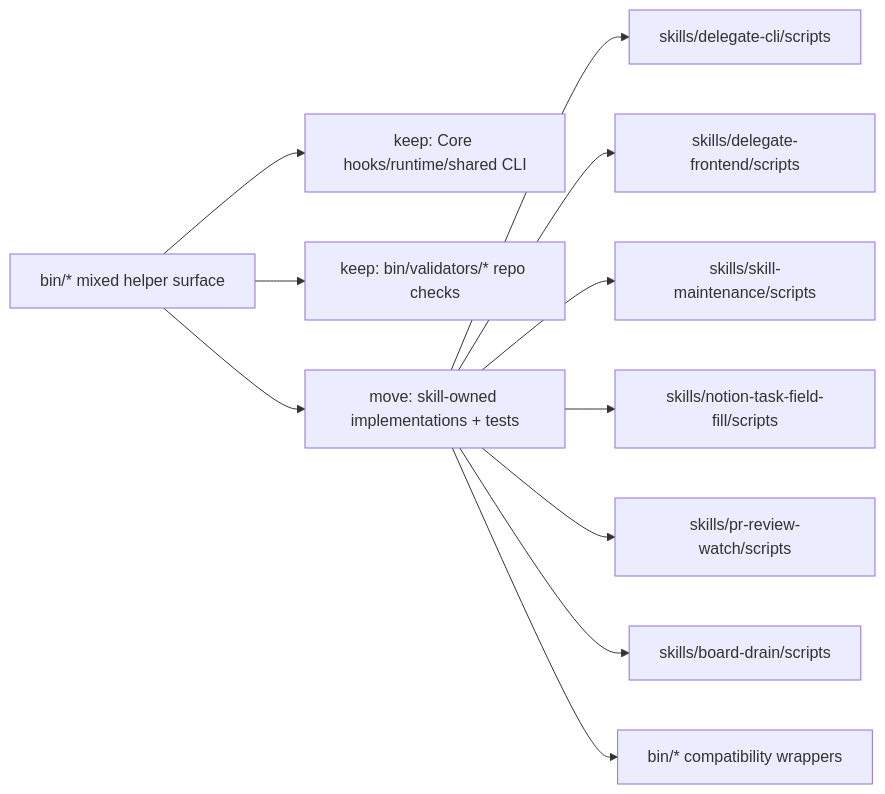
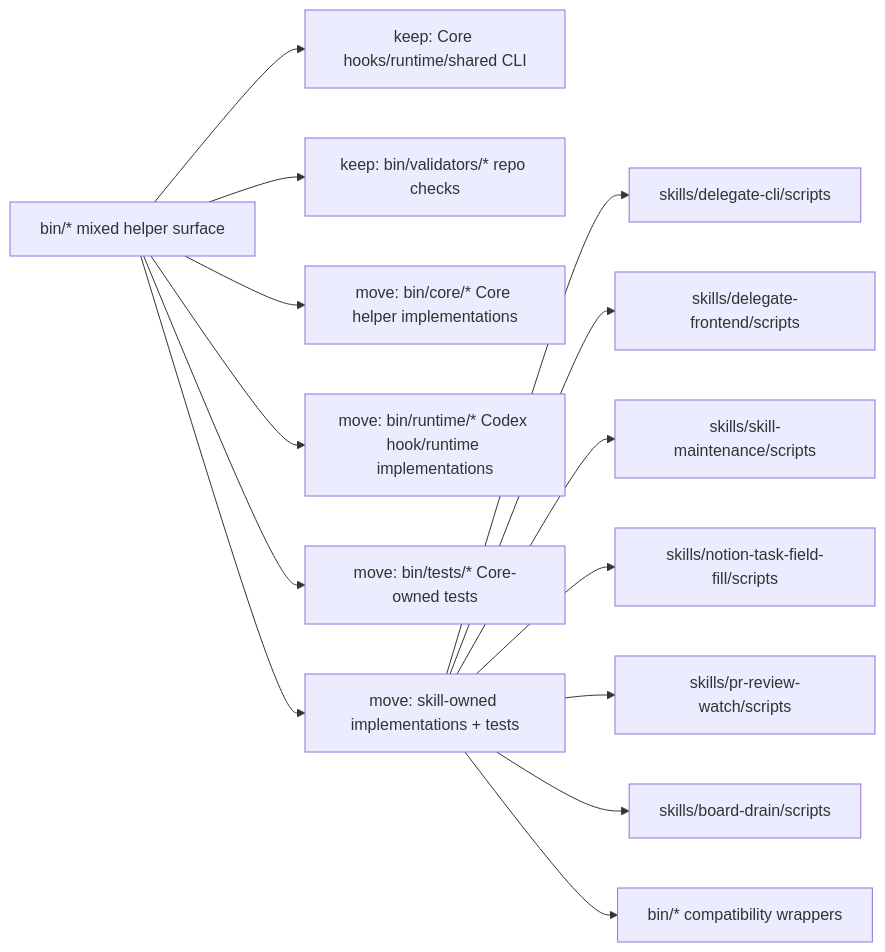
One commit to ZanarkandTechnologies/Farplane changed the diagram in tickets/TASK-0217/ticket.md. Above: the diagram before and after it, drawn with Mermaid. The commit also changed other lines of this file and 54 other files, not shown here.

Commit message:
refactor(bin): split core runtime and tests

````diff
--- a/tickets/TASK-0217/ticket.md
+++ b/tickets/TASK-0217/ticket.md
@@ -53,13 +56,16 @@
 ```mermaid
 flowchart LR
   bin["bin/* mixed helper surface"] --> keep["keep: Core hooks/runtime/shared CLI"]
   bin --> validators["keep: bin/validators/* repo checks"]
+  bin --> core["move: bin/core/* Core helper implementations"]
+  bin --> runtime["move: bin/runtime/* Codex hook/runtime implementations"]
+  bin --> tests["move: bin/tests/* Core-owned tests"]
   bin --> move["move: skill-owned implementations + tests"]
   move --> delegate["skills/delegate-cli/scripts"]
   move --> frontend["skills/delegate-frontend/scripts"]
   move --> skillMaint["skills/skill-maintenance/scripts"]
   move --> notion["skills/notion-task-field-fill/scripts"]
   move --> prwatch["skills/pr-review-watch/scripts"]
   move --> boardDrain["skills/board-drain/scripts"]
   move --> wrappers["bin/* compatibility wrappers"]
 ```
````
